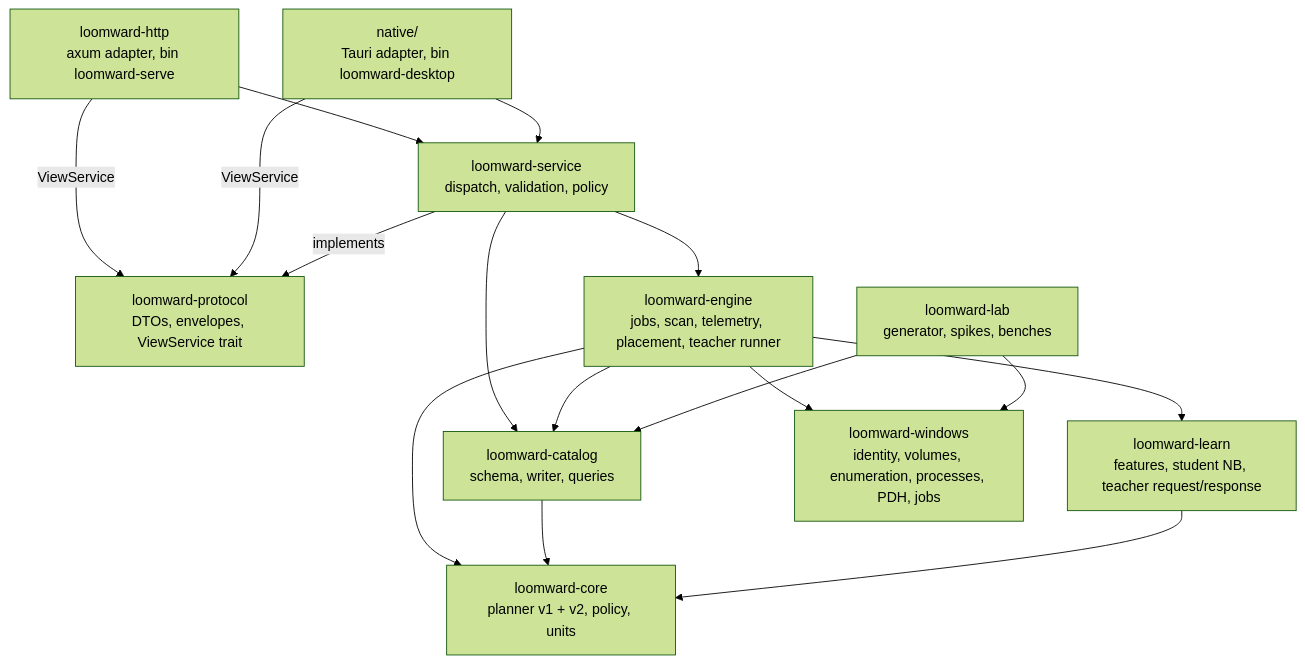
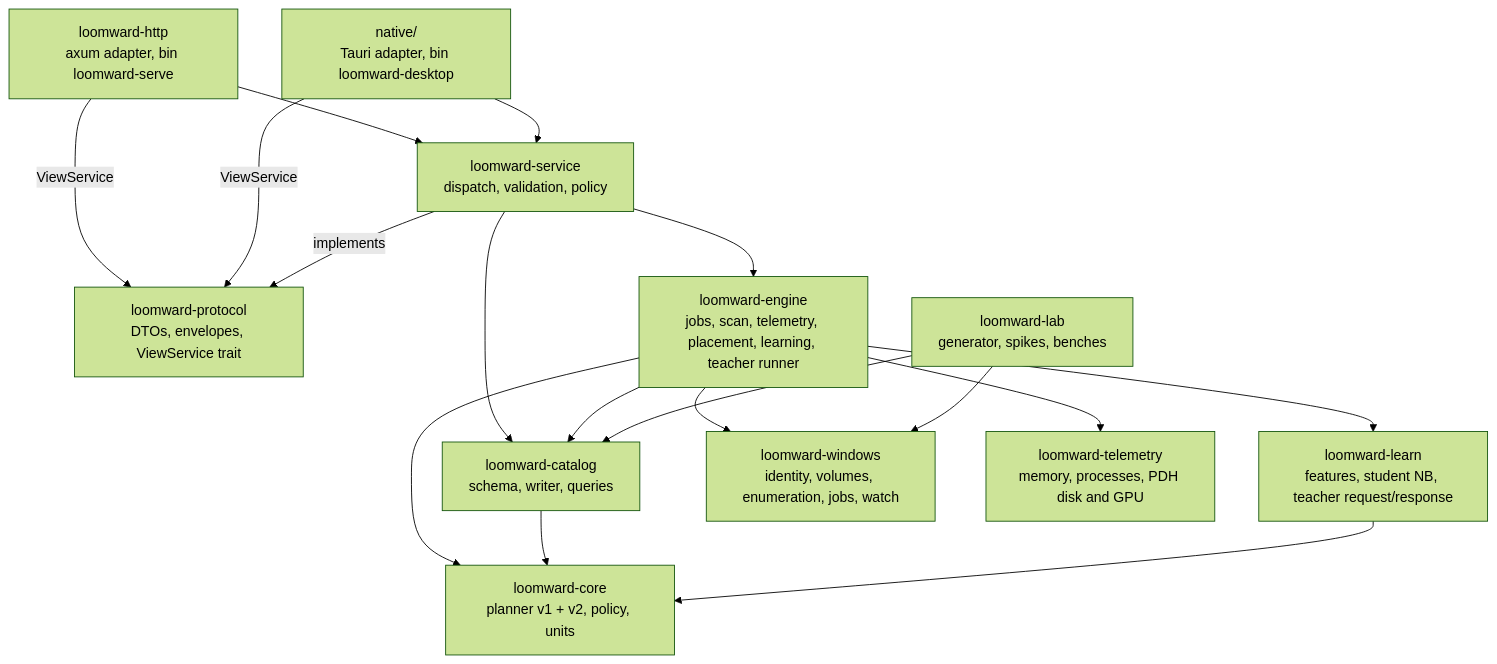
The third of 5 diagrams in docs/41-v03-architecture.md (Chris0Jeky/Loomward), drawn with Mermaid (forest theme) before and after one commit. The commit also changed other lines of this file and 5 other files, not shown here.

First line of the commit message:
docs(architecture): revision 2 after the cross-vendor review (all 26 findings dispositioned)

````diff
--- a/docs/41-v03-architecture.md
+++ b/docs/41-v03-architecture.md
@@ -107,28 +111,30 @@
 ```mermaid
 flowchart TB
   proto[loomward-protocol<br/>DTOs, envelopes, ViewService trait]
   svc[loomward-service<br/>dispatch, validation, policy]
-  eng[loomward-engine<br/>jobs, scan, telemetry, placement, teacher runner]
+  eng[loomward-engine<br/>jobs, scan, telemetry, placement, learning, teacher runner]
   catc[loomward-catalog<br/>schema, writer, queries]
   learn[loomward-learn<br/>features, student NB, teacher request/response]
-  win[loomward-windows<br/>identity, volumes, enumeration, processes, PDH, jobs]
+  win[loomward-windows<br/>identity, volumes, enumeration, jobs, watch]
+  tel[loomward-telemetry<br/>memory, processes, PDH disk and GPU]
   core[loomward-core<br/>planner v1 + v2, policy, units]
   httpa[loomward-http<br/>axum adapter, bin loomward-serve]
   nat[native/<br/>Tauri adapter, bin loomward-desktop]
   lab[loomward-lab<br/>generator, spikes, benches]
   httpa -->|ViewService| proto
   nat -->|ViewService| proto
   httpa --> svc
   nat --> svc
   svc -->|implements| proto
   svc --> eng
   svc --> catc
   eng --> catc
   eng --> learn
   eng --> win
+  eng --> tel
   eng --> core
   catc --> core
   learn --> core
   lab --> win
   lab --> catc
 ```
````
